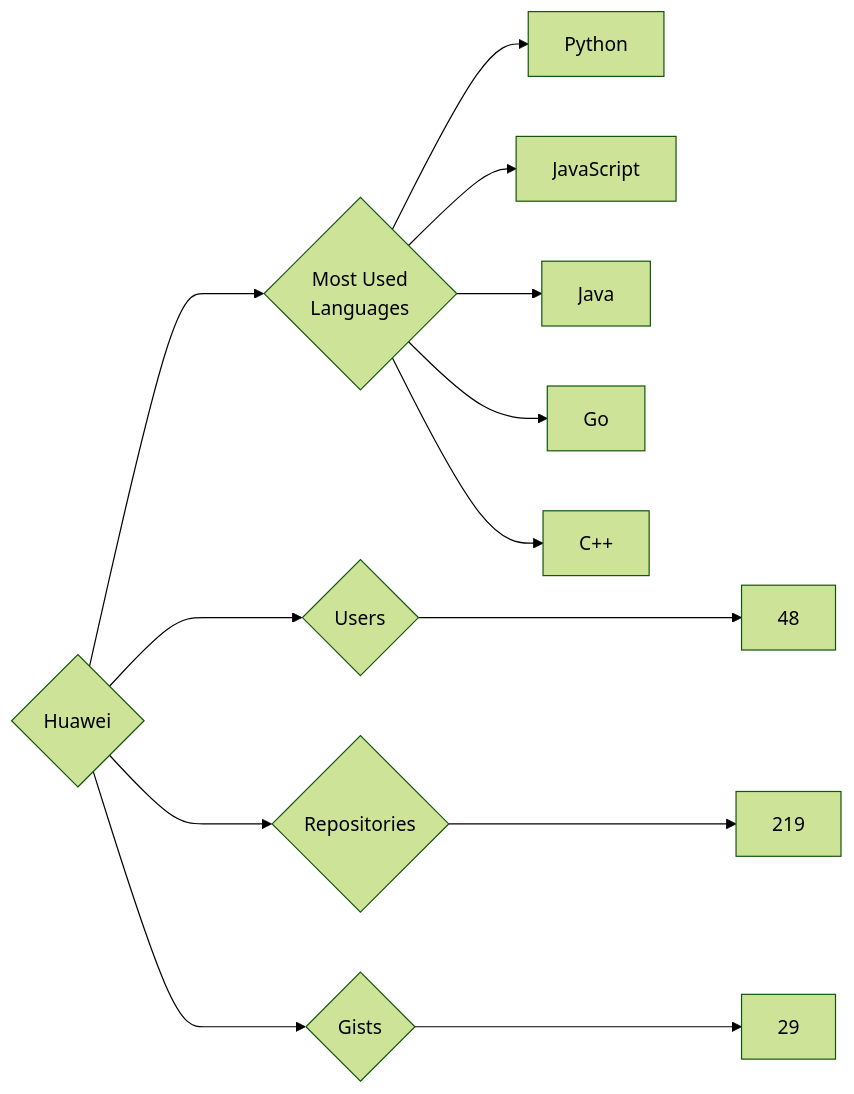
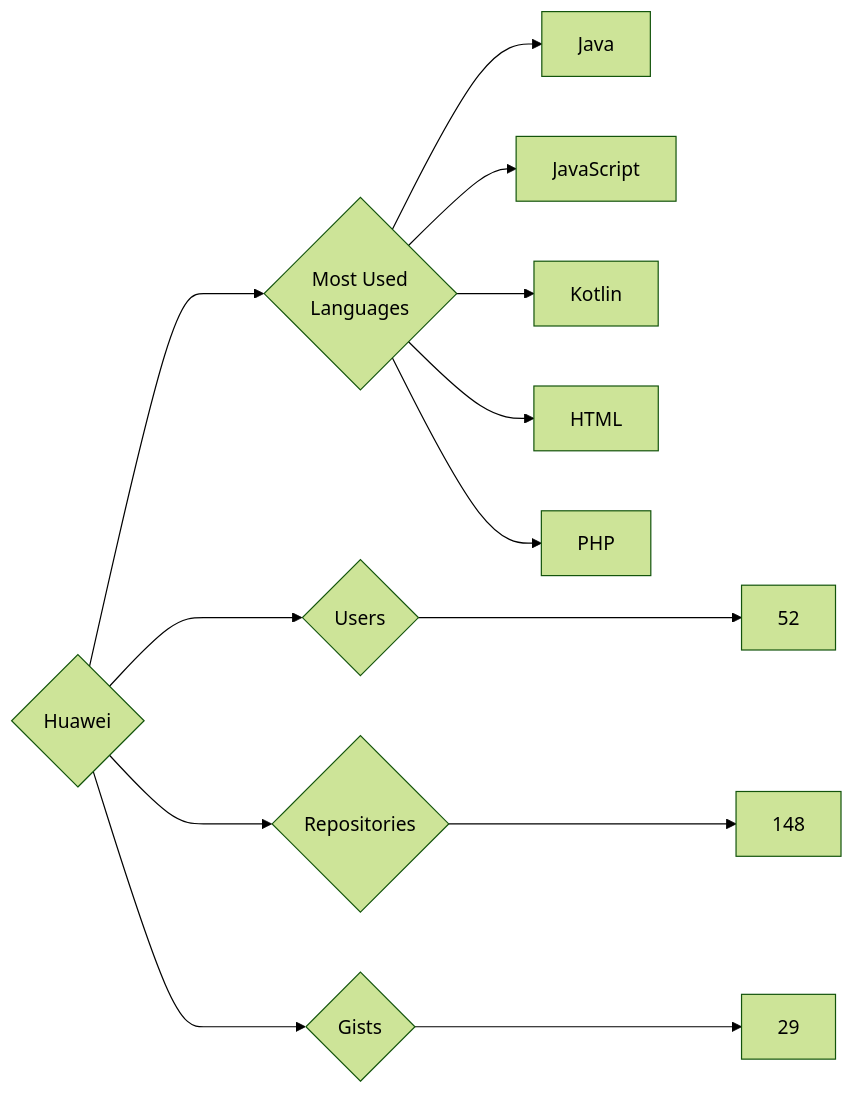
The diagram in targets/Huawei/README.md (trickest/insiders), drawn with Mermaid (forest theme) before and after one commit. The commit also changed 874 other files, not shown here.

````diff
--- a/targets/Huawei/README.md
+++ b/targets/Huawei/README.md
@@ -3,13 +3,13 @@
 ```mermaid
 graph LR
 COMPANY_NAME{Huawei}
-COMPANY_NAME ---> U{Users} ---> UN[48]
-COMPANY_NAME ---> R{Repositories} ---> RN[219]
+COMPANY_NAME ---> U{Users} ---> UN[52]
+COMPANY_NAME ---> R{Repositories} ---> RN[148]
 COMPANY_NAME ---> G{Gists} ---> GN[29]
 COMPANY_NAME ---> ML{Most Used<br>Languages}
-ML --> Python[Python]
+ML --> Java[Java]
 ML --> JavaScript[JavaScript]
-ML --> Java[Java]
-ML --> Go[Go]
-ML --> C++[C++]
+ML --> Kotlin[Kotlin]
+ML --> HTML[HTML]
+ML --> PHP[PHP]
 ```
````
